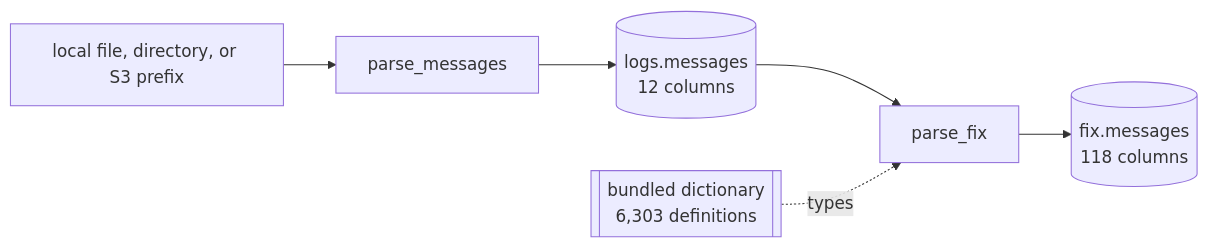
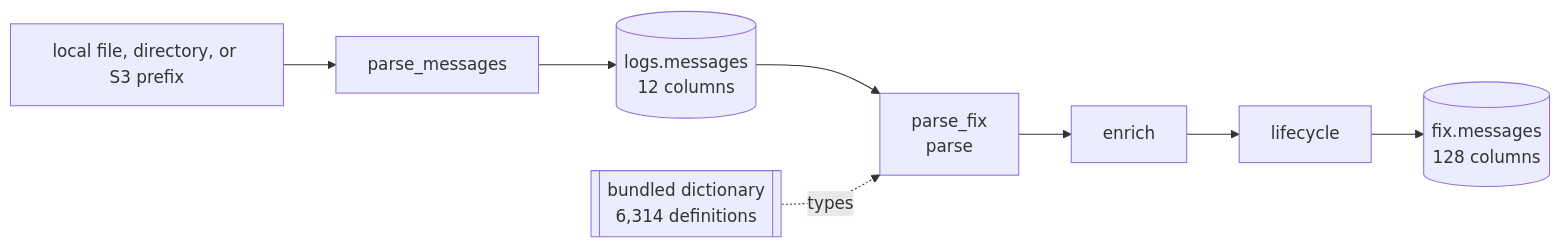
The diagram in docs/pipeline/index.md (Platob/yggfin), drawn with Mermaid before and after one commit. The commit also changed other lines of this file and 118 other files, not shown here.

````diff
--- a/docs/pipeline/index.md
+++ b/docs/pipeline/index.md
@@ -5,8 +5,10 @@
 ```mermaid
 flowchart LR
     U["local file, directory, or S3 prefix"] --> T["parse_messages"]
     T --> M[("logs.messages<br/>12 columns")]
-    M --> F["parse_fix"]
-    R[["bundled dictionary<br/>6,303 definitions"]] -.types.-> F
-    F --> X[("fix.messages<br/>118 columns")]
+    M --> F["parse_fix<br/>parse"]
+    R[["bundled dictionary<br/>6,314 definitions"]] -.types.-> F
+    F --> E["enrich"]
+    E --> L["lifecycle"]
+    L --> X[("fix.messages<br/>128 columns")]
 ```
````
